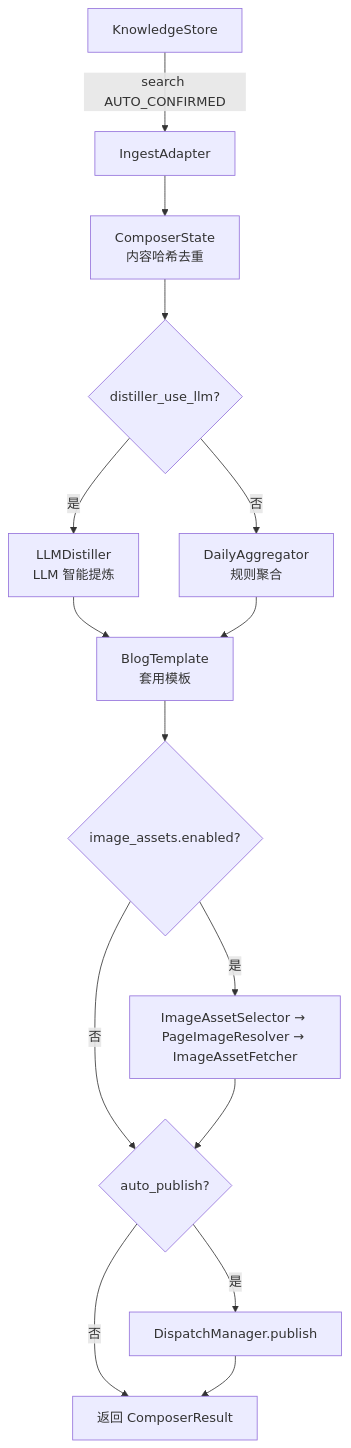
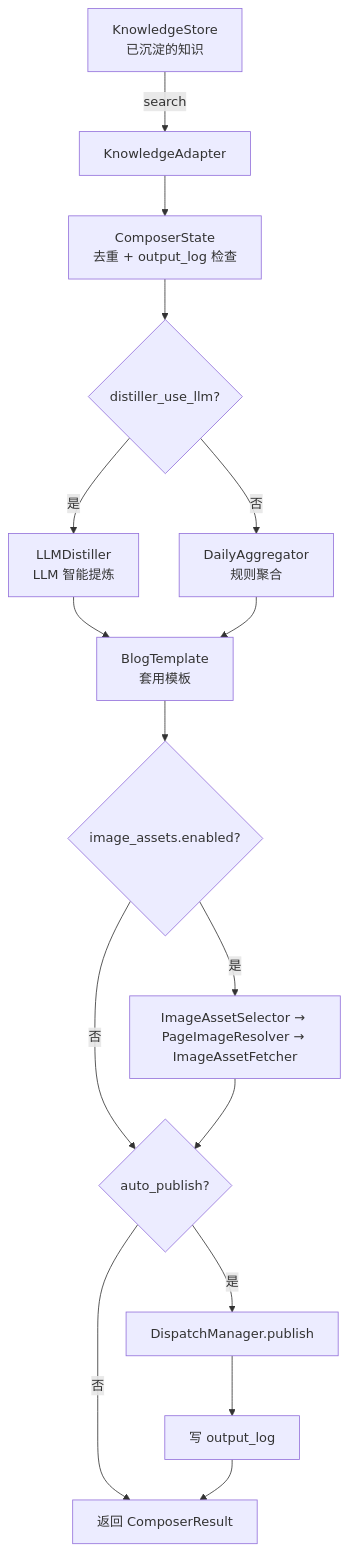
The diagram in docs/composer/README.md (xinovate/linglong-knowledge), drawn with Mermaid before and after one commit. The commit also changed other lines of this file and 20 other files, not shown here.

````diff
--- a/docs/composer/README.md
+++ b/docs/composer/README.md
@@ -9,17 +15,18 @@
 ```mermaid
 graph TD
-    A[KnowledgeStore] -->|search AUTO_CONFIRMED| B[IngestAdapter]
-    B --> C[ComposerState<br/>内容哈希去重]
+    A[KnowledgeStore<br/>已沉淀的知识] -->|search| B[KnowledgeAdapter]
+    B --> C[ComposerState<br/>去重 + output_log 检查]
     C --> D{distiller_use_llm?}
     D -->|是| E[LLMDistiller<br/>LLM 智能提炼]
     D -->|否| F[DailyAggregator<br/>规则聚合]
     E --> G[BlogTemplate<br/>套用模板]
     F --> G
     G --> H{image_assets.enabled?}
     H -->|是| I[ImageAssetSelector → PageImageResolver → ImageAssetFetcher]
     H -->|否| J{auto_publish?}
     I --> J
     J -->|是| K[DispatchManager.publish]
     J -->|否| L[返回 ComposerResult]
-    K --> L
+    K --> M[写 output_log]
+    M --> L
 ```
````
